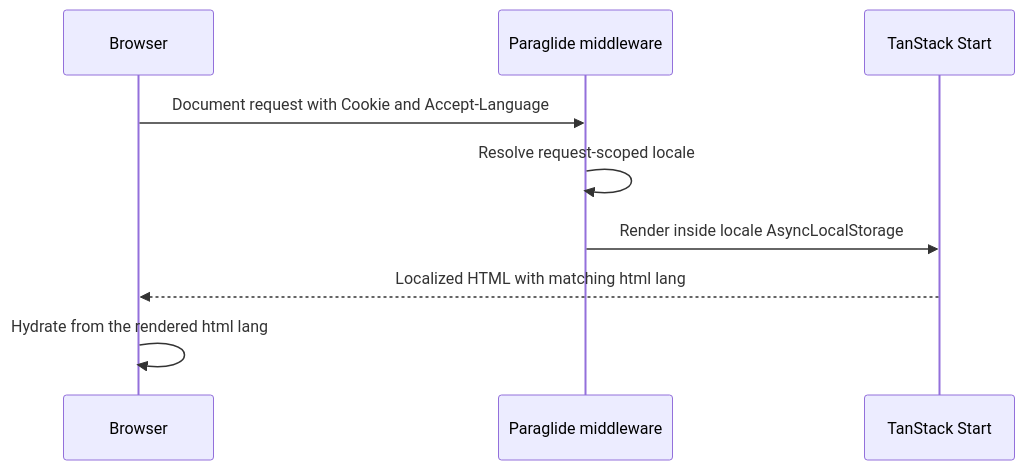
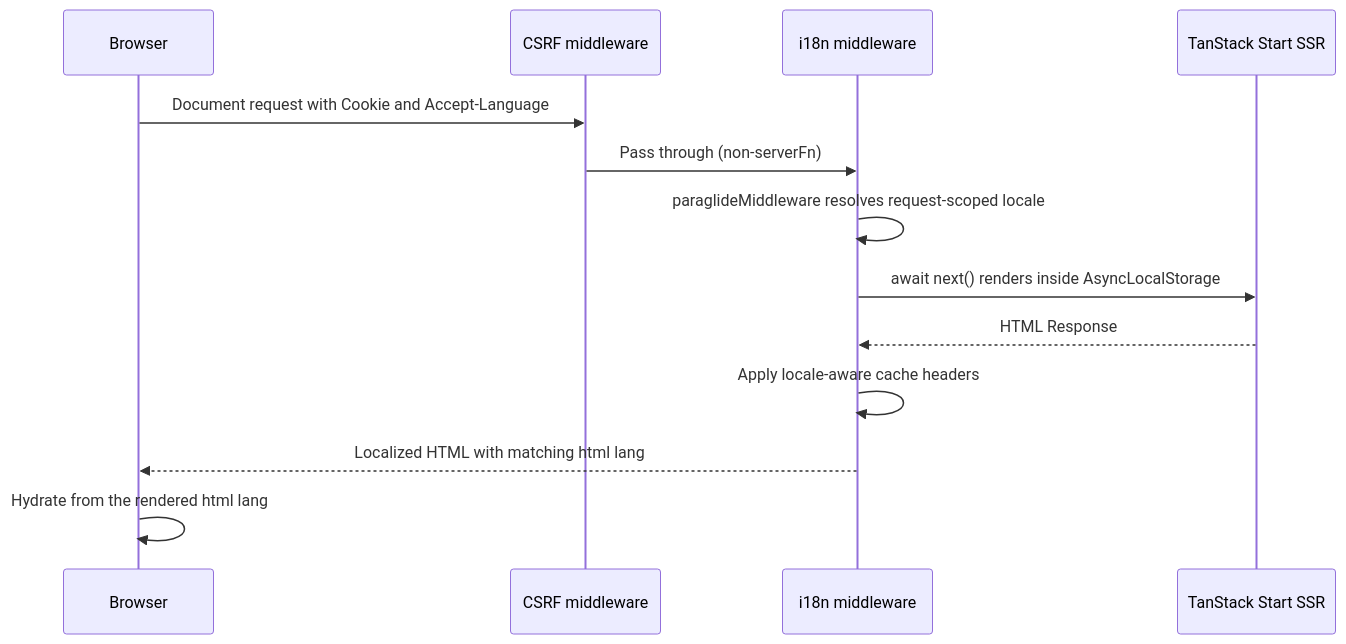
The diagram in design-log/spec/spec-issue-31-tanstack-start-i18n-20260726.md (CXwudi/nijigen-video-site), drawn with Mermaid before and after one commit. The commit also changed other lines of this file and 1 other file, not shown here.

Commit message:
📝 docs(i18n): align middleware design

````diff
--- a/design-log/spec/spec-issue-31-tanstack-start-i18n-20260726.md
+++ b/design-log/spec/spec-issue-31-tanstack-start-i18n-20260726.md
@@ -104,11 +106,15 @@
 ```mermaid
 sequenceDiagram
   participant Browser
-  participant Middleware as Paraglide middleware
-  participant Start as TanStack Start
-  Browser->>Middleware: Document request with Cookie and Accept-Language
-  Middleware->>Middleware: Resolve request-scoped locale
-  Middleware->>Start: Render inside locale AsyncLocalStorage
-  Start-->>Browser: Localized HTML with matching html lang
+  participant CSRF as CSRF middleware
+  participant I18n as i18n middleware
+  participant Start as TanStack Start SSR
+  Browser->>CSRF: Document request with Cookie and Accept-Language
+  CSRF->>I18n: Pass through (non-serverFn)
+  I18n->>I18n: paraglideMiddleware resolves request-scoped locale
+  I18n->>Start: await next() renders inside AsyncLocalStorage
+  Start-->>I18n: HTML Response
+  I18n->>I18n: Apply locale-aware cache headers
+  I18n-->>Browser: Localized HTML with matching html lang
   Browser->>Browser: Hydrate from the rendered html lang
 ```
````
